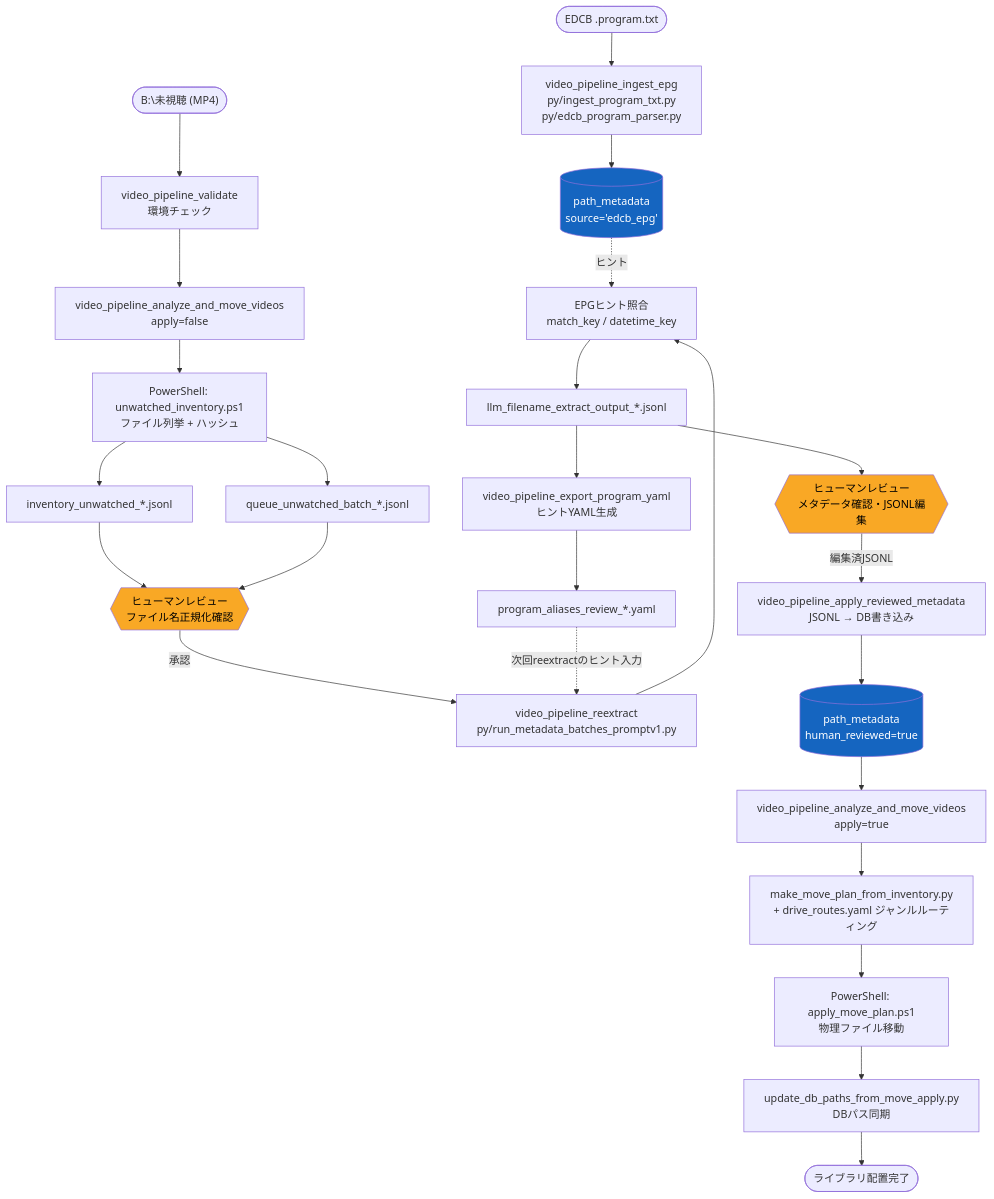
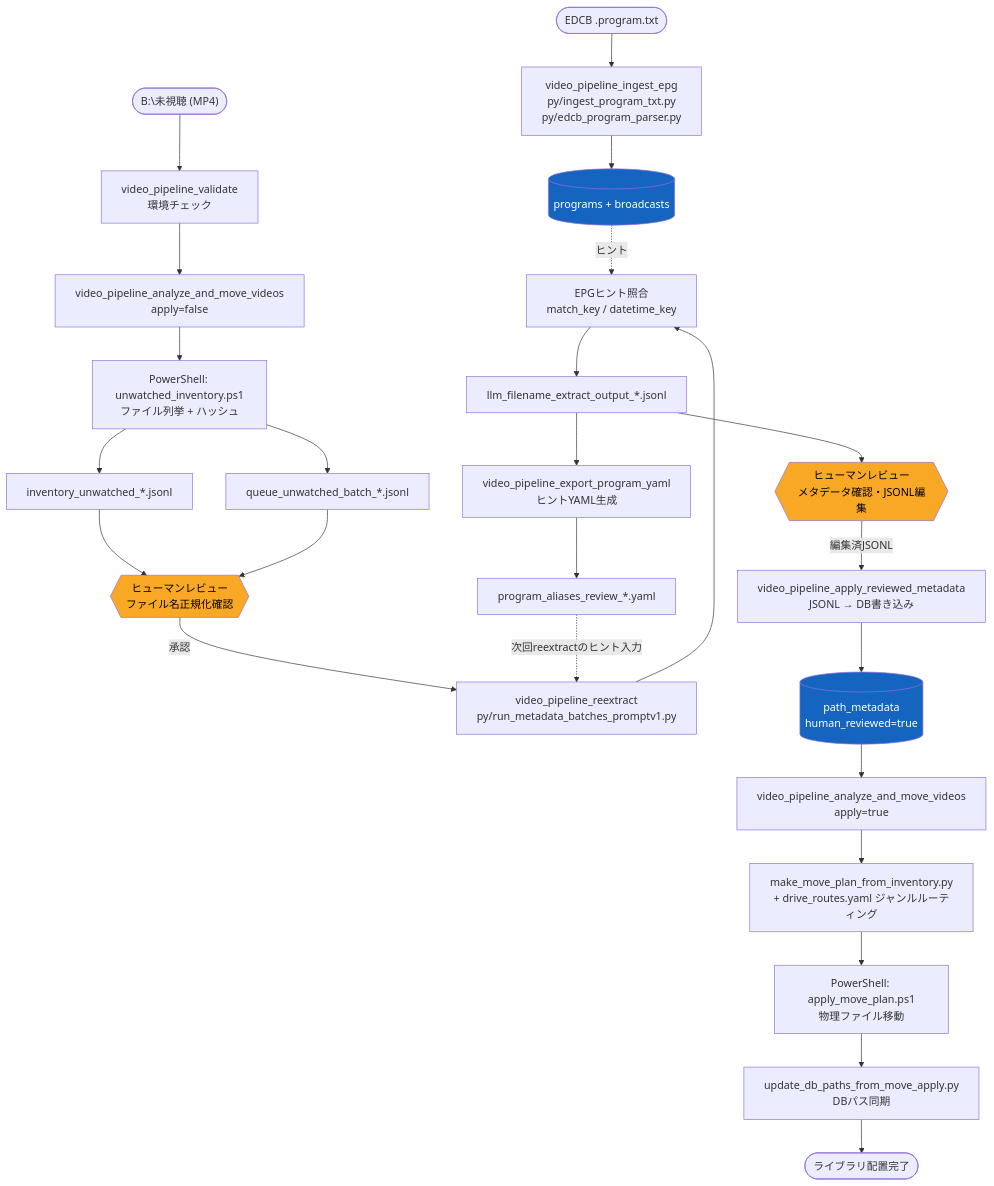
The third of 8 diagrams in README.md (NEXTAltair/video-library-pipeline), drawn with Mermaid before and after one commit. The commit also changed other lines of this file and 5 other files, not shown here.

````diff
--- a/README.md
+++ b/README.md
@@ -113,55 +113,55 @@
 ```mermaid
 flowchart TD
     %% ── 前処理: EPG ──
     EPG_START(["EDCB .program.txt"])
     EPG_INGEST["video_pipeline_ingest_epg<br/>py/ingest_program_txt.py<br/>py/edcb_program_parser.py"]
-    EPG_DB[("path_metadata<br/>source='edcb_epg'")]
+    EPG_DB[("programs + broadcasts")]
     EPG_START --> EPG_INGEST --> EPG_DB
 
     %% ── Stage 1: Normalize ──
     S1_IN(["B:\未視聴 (MP4)"])
     S1_VALIDATE["video_pipeline_validate<br/>環境チェック"]
     S1_RUN["video_pipeline_analyze_and_move_videos<br/>apply=false"]
     S1_PS_INV["PowerShell: unwatched_inventory.ps1<br/>ファイル列挙 + ハッシュ"]
     S1_OUT_INV["inventory_unwatched_*.jsonl"]
     S1_OUT_Q["queue_unwatched_batch_*.jsonl"]
     S1_GATE{{"ヒューマンレビュー<br/>ファイル名正規化確認"}}
 
     S1_IN --> S1_VALIDATE --> S1_RUN
     S1_RUN --> S1_PS_INV
     S1_PS_INV --> S1_OUT_INV & S1_OUT_Q
     S1_OUT_INV & S1_OUT_Q --> S1_GATE
 
     %% ── Stage 2: Extract ──
     S2_REEXTRACT["video_pipeline_reextract<br/>py/run_metadata_batches_promptv1.py"]
     S2_EPG_MATCH["EPGヒント照合<br/>match_key / datetime_key"]
     S2_EXTRACT_OUT["llm_filename_extract_output_*.jsonl"]
     S2_EXPORT["video_pipeline_export_program_yaml<br/>ヒントYAML生成"]
     S2_YAML["program_aliases_review_*.yaml"]
     S2_GATE{{"ヒューマンレビュー<br/>メタデータ確認・JSONL編集"}}
     S2_APPLY["video_pipeline_apply_reviewed_metadata<br/>JSONL → DB書き込み"]
     S2_DB[("path_metadata<br/>human_reviewed=true")]
 
     S1_GATE -->|承認| S2_REEXTRACT
     EPG_DB -.->|ヒント| S2_EPG_MATCH
     S2_REEXTRACT --> S2_EPG_MATCH --> S2_EXTRACT_OUT
     S2_EXTRACT_OUT --> S2_EXPORT --> S2_YAML
     S2_YAML -.->|次回reextractのヒント入力| S2_REEXTRACT
     S2_EXTRACT_OUT --> S2_GATE
     S2_GATE -->|編集済JSONL| S2_APPLY --> S2_DB
 
     %% ── Stage 3: Move ──
     S3_RUN["video_pipeline_analyze_and_move_videos<br/>apply=true"]
     S3_PLAN["make_move_plan_from_inventory.py<br/>+ drive_routes.yaml ジャンルルーティング"]
     S3_PS_MOVE["PowerShell: apply_move_plan.ps1<br/>物理ファイル移動"]
     S3_DB_SYNC["update_db_paths_from_move_apply.py<br/>DBパス同期"]
     S3_DONE(["ライブラリ配置完了"])
 
     S2_DB --> S3_RUN --> S3_PLAN --> S3_PS_MOVE --> S3_DB_SYNC --> S3_DONE
 
     %% スタイル
     style S1_GATE fill:#f9a825,color:#000
     style S2_GATE fill:#f9a825,color:#000
     style EPG_DB fill:#1565c0,color:#fff
     style S2_DB fill:#1565c0,color:#fff
 ```
````
